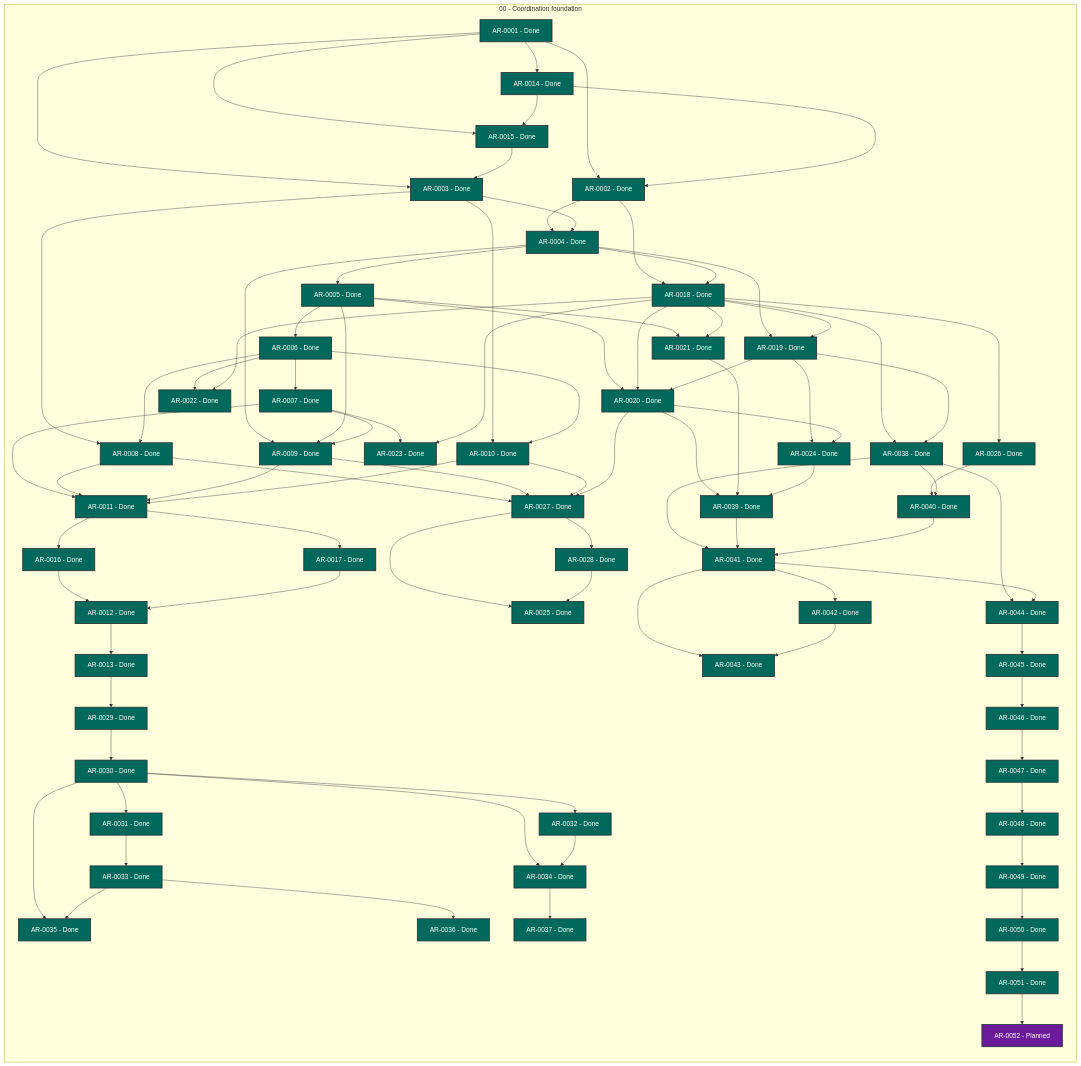
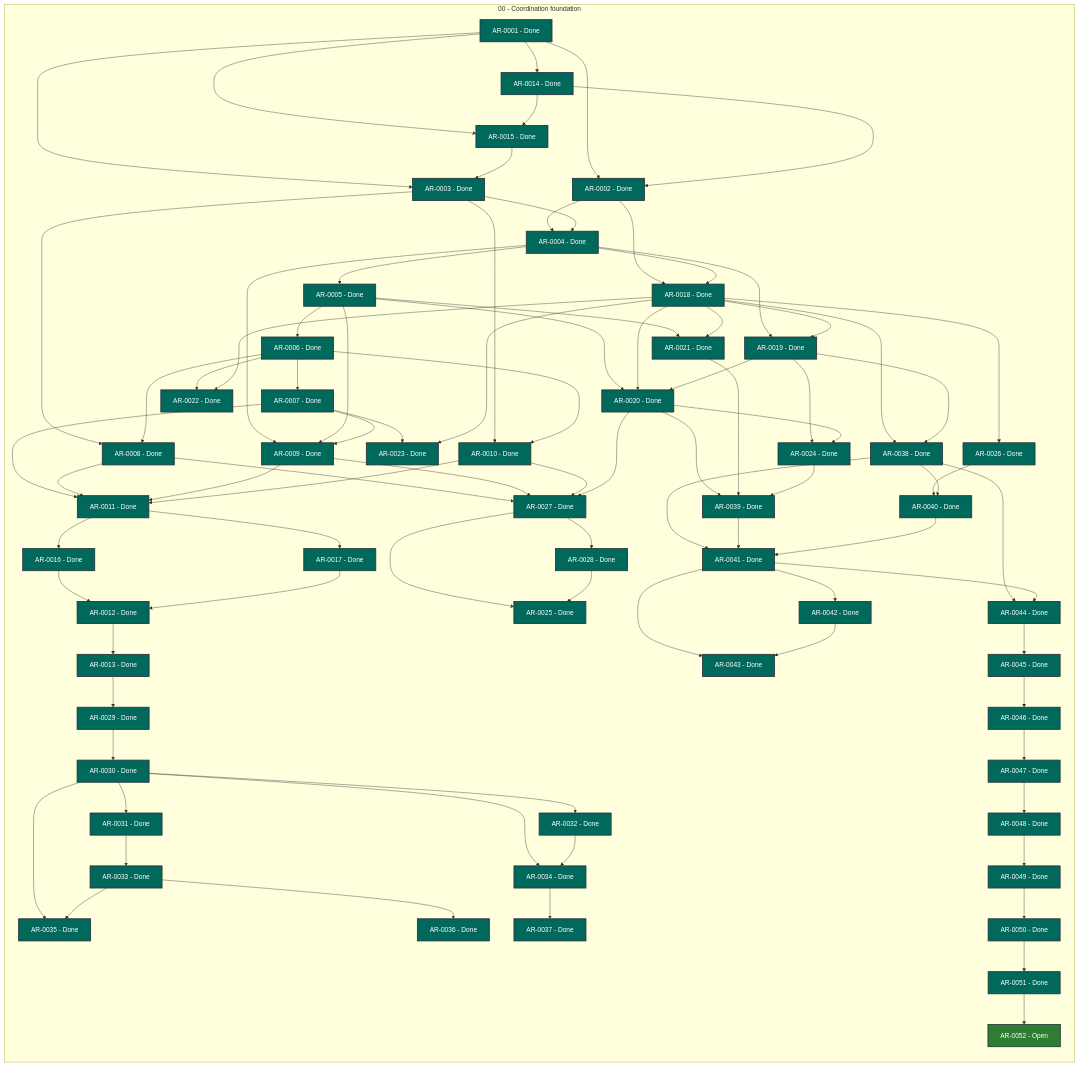
Before and after one commit to martin-beck/agent-workflow-tui-state: the diagram in STATUS.md, drawn with Mermaid. The commit also changed other lines of this file and 2 other files, not shown here.

```diff
--- a/STATUS.md
+++ b/STATUS.md
@@ -79,7 +79,7 @@
         AR_0049["AR-0049 - Done"]:::status_done
         AR_0050["AR-0050 - Done"]:::status_done
         AR_0051["AR-0051 - Done"]:::status_done
-        AR_0052["AR-0052 - Planned"]:::status_planned
+        AR_0052["AR-0052 - Open"]:::status_open
     end
     AR_0001 --> AR_0002
     AR_0001 --> AR_0003
```
